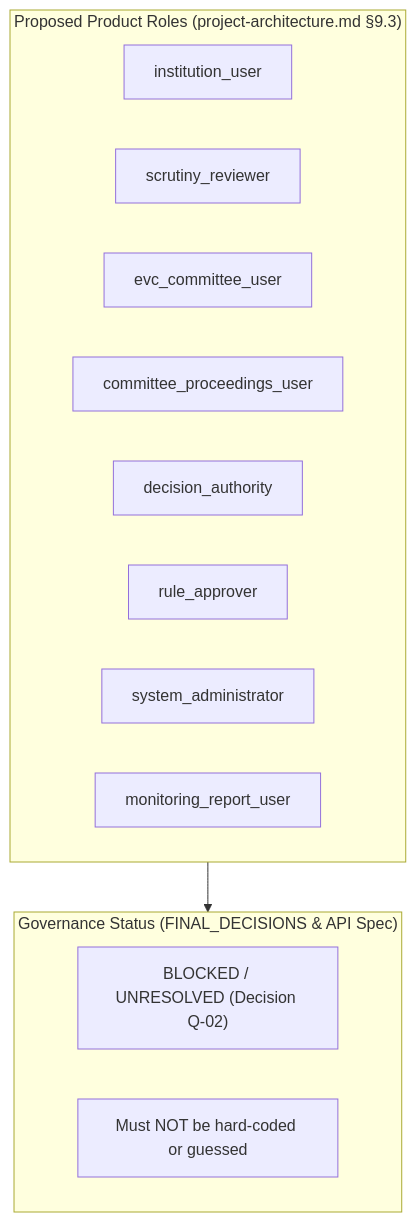
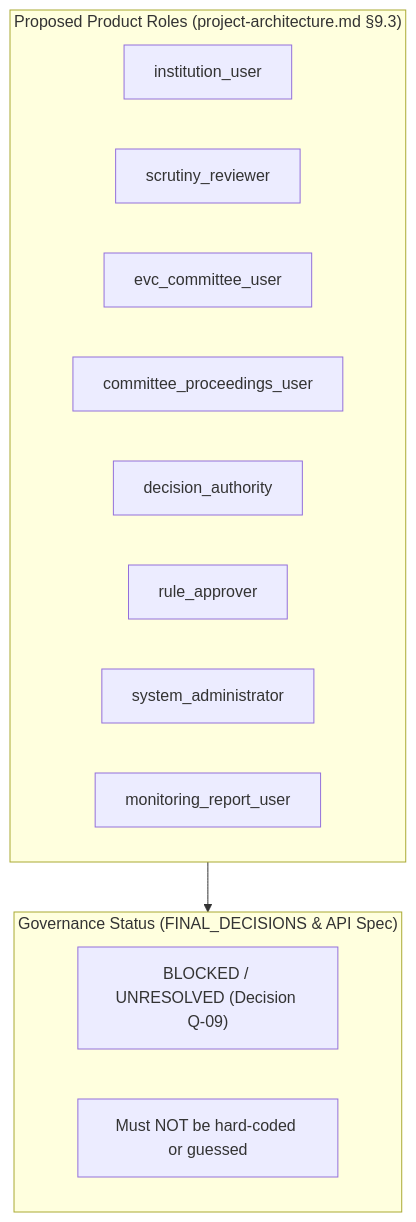
One commit to Shreyas-Bari/AICTE-Approval-Workflow changed the diagram in docs/contract-review/PHASE_3_CP5_DATABASE_SEED_AND_RBAC_REVIEW.md. Above: the diagram before and after it, drawn with Mermaid. The commit also changed other lines of this file, not shown here.

Commit message:
docs: reconcile RBAC decision identifier

````diff
--- a/docs/contract-review/PHASE_3_CP5_DATABASE_SEED_AND_RBAC_REVIEW.md
+++ b/docs/contract-review/PHASE_3_CP5_DATABASE_SEED_AND_RBAC_REVIEW.md
@@ -54,20 +54,20 @@
 ```mermaid
 flowchart TD
     subgraph ProposedProductRoles["Proposed Product Roles (project-architecture.md §9.3)"]
         IU["institution_user"]
         SR["scrutiny_reviewer"]
         EC["evc_committee_user"]
         CP["committee_proceedings_user"]
         DA["decision_authority"]
         RA["rule_approver"]
         SA["system_administrator"]
         MR["monitoring_report_user"]
     end
 
     subgraph GovernanceStatus["Governance Status (FINAL_DECISIONS & API Spec)"]
-        Blocked["BLOCKED / UNRESOLVED (Decision Q-02)"]
+        Blocked["BLOCKED / UNRESOLVED (Decision Q-09)"]
         NoGuess["Must NOT be hard-coded or guessed"]
     end
 
     ProposedProductRoles --> GovernanceStatus
 ```
````
